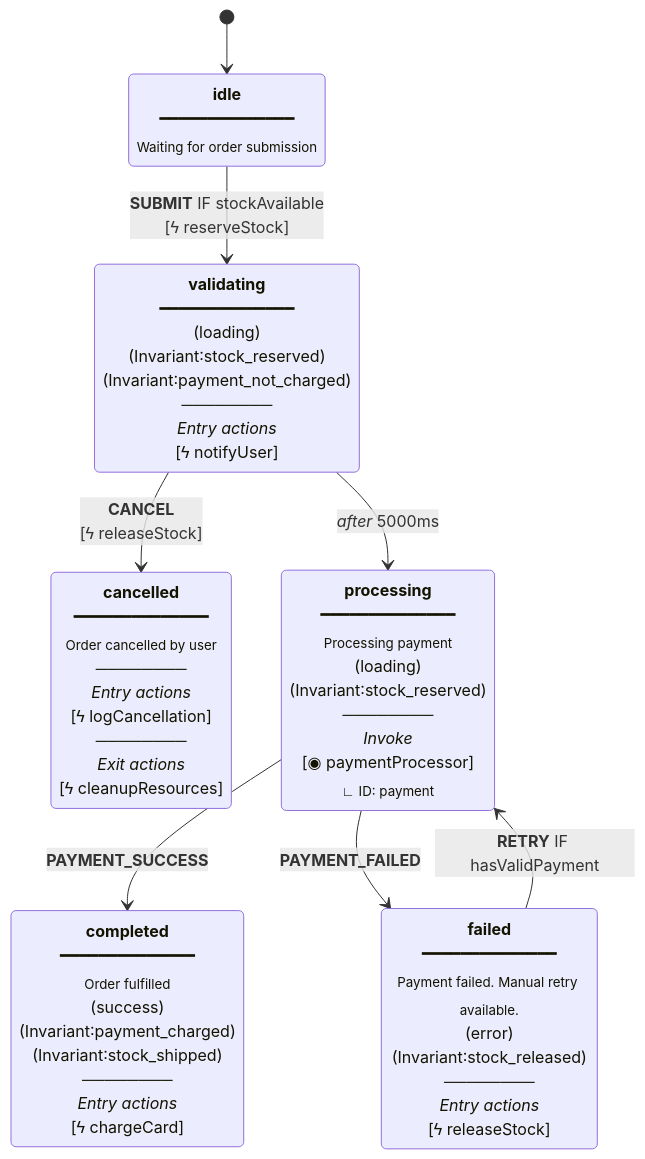
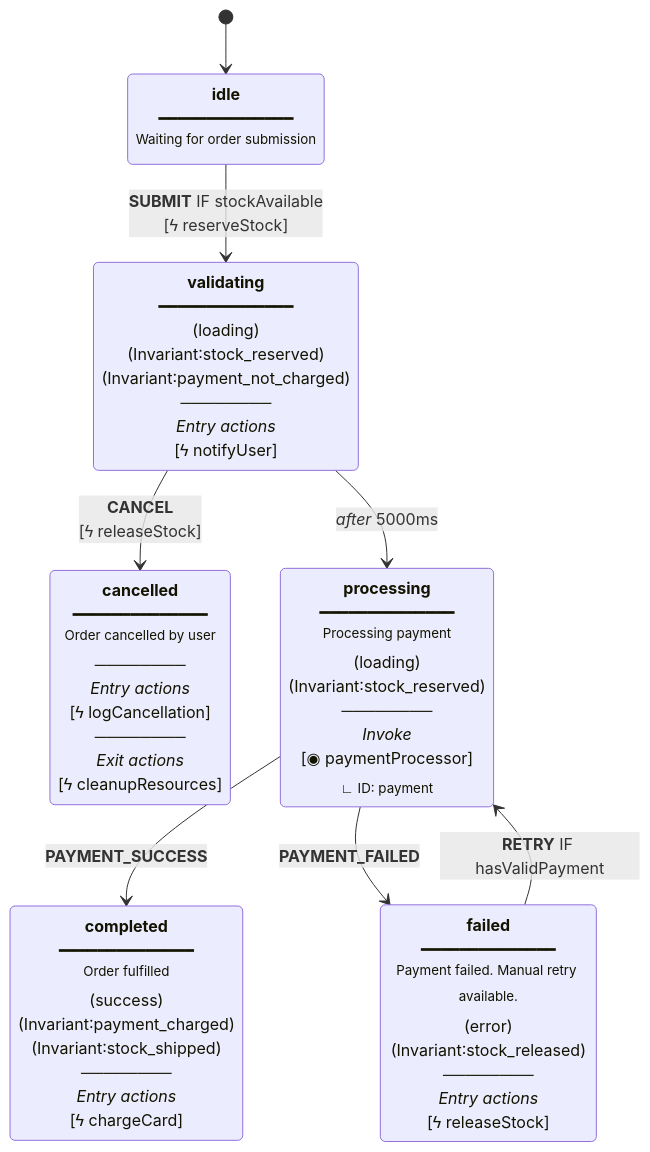
One commit to zitongcharliedeng/xstate-ts-to-mermaid changed the diagram in README.md. Above: the diagram before and after it, drawn with Mermaid. The commit also changed other lines of this file and 2 other files, not shown here.

Commit message:
fix: use superscript for descriptions (closer to title, not merging with tags)

````diff
--- a/README.md
+++ b/README.md
@@ -46,16 +47,16 @@
 ```mermaid
 stateDiagram-v2
     [*] --> idle
-    idle: <b>idle</b><br/>━━━━━━━━━━━━━━<br/><sub>Waiting for order submission</sub>
+    idle: <b>idle</b><br/>━━━━━━━━━━━━━━<br/><sup>Waiting for order submission</sup>
     idle --> validating: <b>SUBMIT</b> IF stockAvailable<br/>[ϟ reserveStock]
     validating: <b>validating</b><br/>━━━━━━━━━━━━━━<br/>(loading)<br/>(Invariant∶stock_reserved)<br/>(Invariant∶payment_not_charged)<br/>────────<br/><i>Entry actions</i><br/>[ϟ notifyUser]
     validating --> cancelled: <b>CANCEL</b><br/>[ϟ releaseStock]
     validating --> processing: <i>after</i> 5000ms
-    processing: <b>processing</b><br/>━━━━━━━━━━━━━━<br/><sub>Processing payment</sub><br/>(loading)<br/>(Invariant∶stock_reserved)<br/>────────<br/><i>Invoke</i><br/>[◉ paymentProcessor]<br/><sub>∟ ID∶ payment</sub>
+    processing: <b>processing</b><br/>━━━━━━━━━━━━━━<br/><sup>Processing payment</sup><br/>(loading)<br/>(Invariant∶stock_reserved)<br/>────────<br/><i>Invoke</i><br/>[◉ paymentProcessor]<br/><sub>∟ ID∶ payment</sub>
     processing --> completed: <b>PAYMENT_SUCCESS</b>
     processing --> failed: <b>PAYMENT_FAILED</b>
-    completed: <b>completed</b><br/>━━━━━━━━━━━━━━<br/><sub>Order fulfilled</sub><br/>(success)<br/>(Invariant∶payment_charged)<br/>(Invariant∶stock_shipped)<br/>────────<br/><i>Entry actions</i><br/>[ϟ chargeCard]
-    failed: <b>failed</b><br/>━━━━━━━━━━━━━━<br/><sub>Payment failed. Manual retry available.</sub><br/>(error)<br/>(Invariant∶stock_released)<br/>────────<br/><i>Entry actions</i><br/>[ϟ releaseStock]
+    completed: <b>completed</b><br/>━━━━━━━━━━━━━━<br/><sup>Order fulfilled</sup><br/>(success)<br/>(Invariant∶payment_charged)<br/>(Invariant∶stock_shipped)<br/>────────<br/><i>Entry actions</i><br/>[ϟ chargeCard]
+    failed: <b>failed</b><br/>━━━━━━━━━━━━━━<br/><sup>Payment failed. Manual retry available.</sup><br/>(error)<br/>(Invariant∶stock_released)<br/>────────<br/><i>Entry actions</i><br/>[ϟ releaseStock]
     failed --> processing: <b>RETRY</b> IF hasValidPayment
-    cancelled: <b>cancelled</b><br/>━━━━━━━━━━━━━━<br/><sub>Order cancelled by user</sub><br/>────────<br/><i>Entry actions</i><br/>[ϟ logCancellation]<br/>────────<br/><i>Exit actions</i><br/>[ϟ cleanupResources]
+    cancelled: <b>cancelled</b><br/>━━━━━━━━━━━━━━<br/><sup>Order cancelled by user</sup><br/>────────<br/><i>Entry actions</i><br/>[ϟ logCancellation]<br/>────────<br/><i>Exit actions</i><br/>[ϟ cleanupResources]
 ```
````
